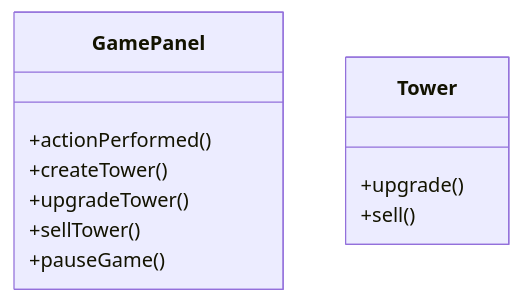
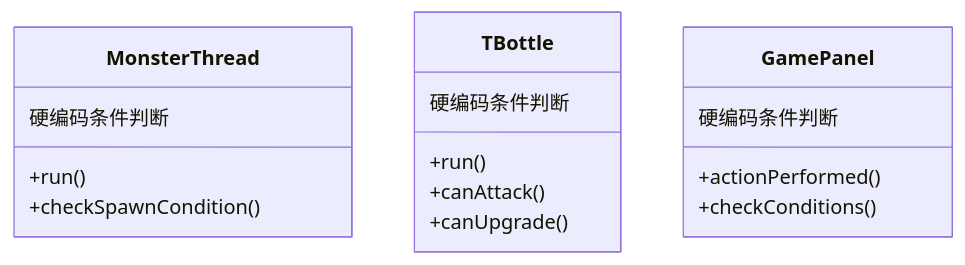
Before and after one commit to yu2486789817/CarrotFantasy: diagram 11 of 12 in Refactoring_Report_CN.md, drawn with Mermaid. The commit also changed other lines of this file and 26 other files, not shown here.

````diff
--- a/Refactoring_Report_CN.md
+++ b/Refactoring_Report_CN.md
@@ -1065,15 +971,22 @@
 ```mermaid
 classDiagram
+    class MonsterThread {
+        +run()
+        +checkSpawnCondition()
+    }
+
+    class TBottle {
+        +run()
+        +canAttack()
+        +canUpgrade()
+    }
+
     class GamePanel {
         +actionPerformed()
-        +createTower()
-        +upgradeTower()
-        +sellTower()
-        +pauseGame()
+        +checkConditions()
     }
 
-    class Tower {
-        +upgrade()
-        +sell()
-    }
+    MonsterThread : 硬编码条件判断
+    TBottle : 硬编码条件判断
+    GamePanel : 硬编码条件判断
 ```
````
